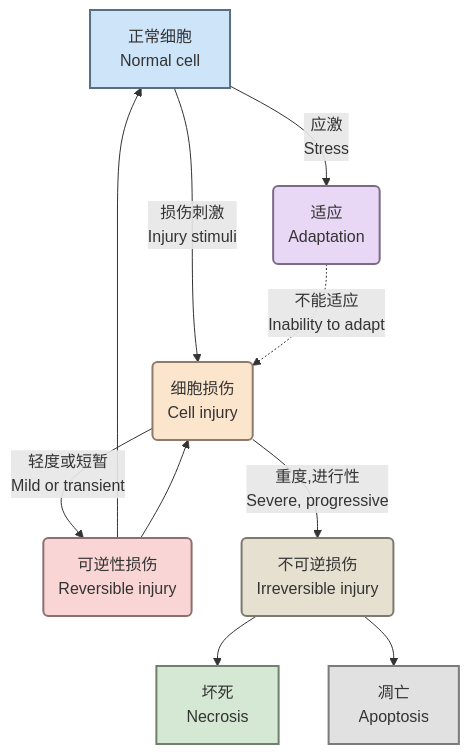
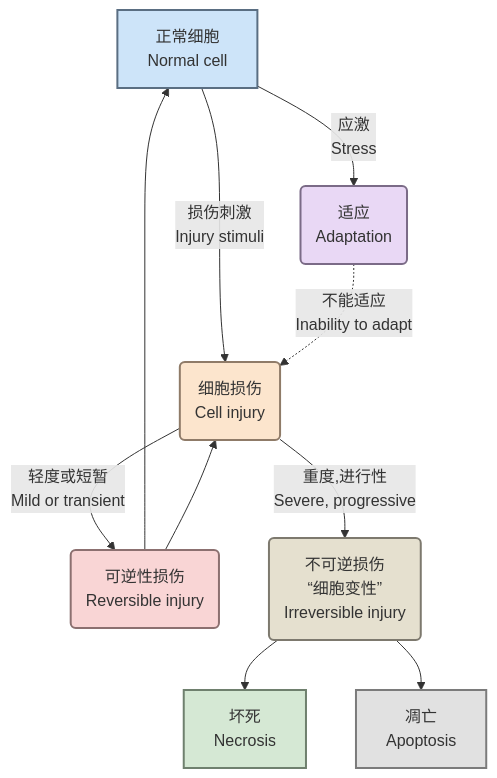
The first of 3 diagrams in 病理解剖学/第一章 细胞和组织的适应与损伤.md (Raymon-Lyu/Veterinary-Medicine), drawn with Mermaid before and after one commit. The commit also changed other lines of this file and 1 other file, not shown here.

````diff
--- a/病理解剖学/第一章 细胞和组织的适应与损伤.md
+++ b/病理解剖学/第一章 细胞和组织的适应与损伤.md
@@ -4,26 +4,26 @@
 ```mermaid
 graph TD
     A["正常细胞<br>Normal cell"] -->|应激<br>Stress| B("适应<br>Adaptation")
     A -->|损伤刺激<br>Injury stimuli| C("细胞损伤<br>Cell injury")
     
     B -.->|不能适应<br>Inability to adapt| C
     
     C -->|轻度或短暂<br>Mild or transient| D("可逆性损伤<br>Reversible injury")
     D --> A
     D --> C
     
-    C -->|重度,进行性<br>Severe, progressive| E("不可逆损伤<br>Irreversible injury")
+    C -->|重度,进行性<br>Severe, progressive| E("不可逆损伤<br>“细胞变性”<br>Irreversible injury")
     
     E --> F["坏死<br>Necrosis"]
     E --> G["凋亡<br>Apoptosis"]
 
     %% Styling to match the original image's colors
     style A fill:#cde4f9,stroke:#5a6e82,stroke-width:2px
     style B fill:#e9d8f5,stroke:#7b6b87,stroke-width:2px
     style C fill:#fce5cd,stroke:#8f7b68,stroke-width:2px
     style D fill:#f9d5d5,stroke:#8c7070,stroke-width:2px
     style E fill:#e5e0cf,stroke:#7d796e,stroke-width:2px
     style F fill:#d5e8d4,stroke:#6f806e,stroke-width:2px
     style G fill:#e1e1e1,stroke:#7b7b7b,stroke-width:2px
 
 ```
````
